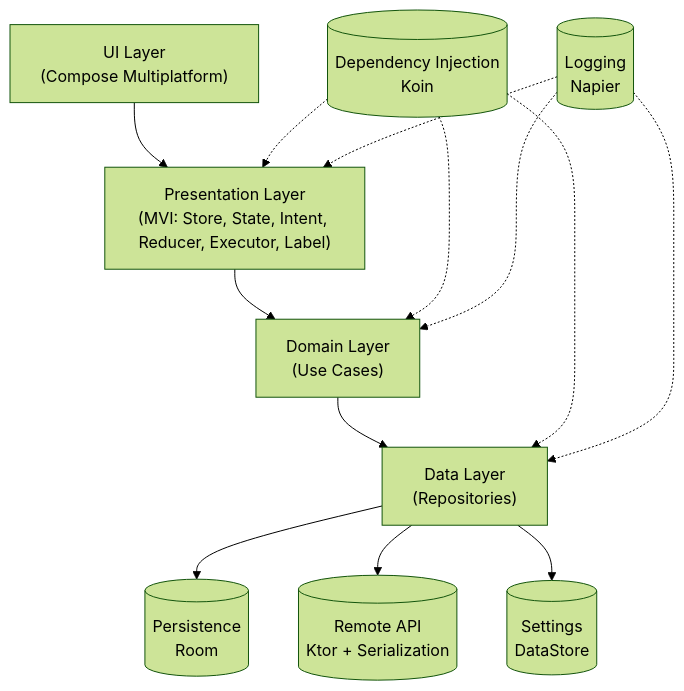
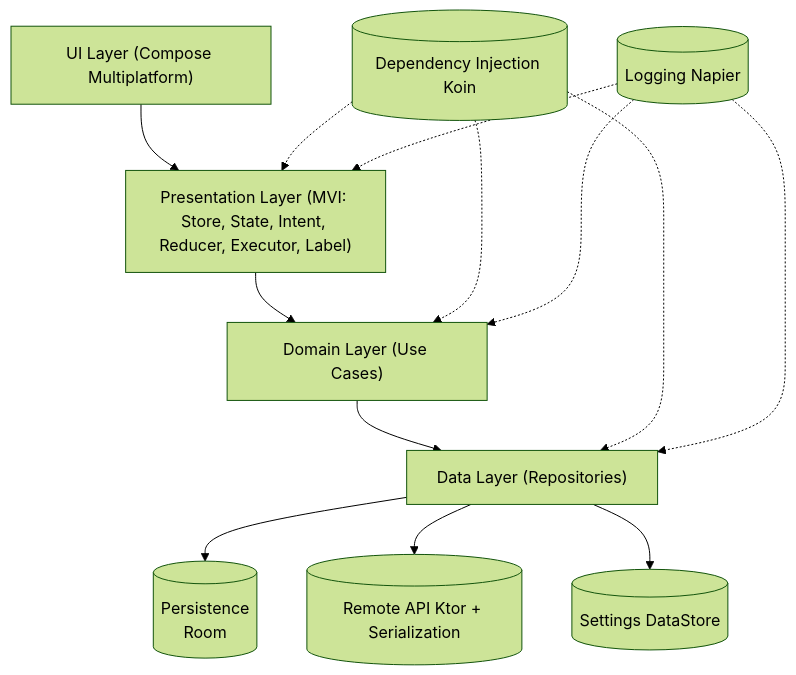
Before and after one commit to fabian-rump/crossnotes: the diagram in README.md, drawn with Mermaid (forest theme).

Commit message:
removed backslashes

````diff
--- a/README.md
+++ b/README.md
@@ -27,15 +27,15 @@
 ```mermaid
 flowchart TD
-    UI["UI Layer\n(Compose Multiplatform)"] --> Presenter["Presentation Layer\n(MVI: Store, State, Intent, Reducer, Executor, Label)"]
-    Presenter --> Domain["Domain Layer\n(Use Cases)"]
-    Domain --> Repo["Data Layer\n(Repositories)"]
+    UI["UI Layer (Compose Multiplatform)"] --> Presenter["Presentation Layer (MVI: Store, State, Intent, Reducer, Executor, Label)"]
+    Presenter --> Domain["Domain Layer (Use Cases)"]
+    Domain --> Repo["Data Layer (Repositories)"]
     Repo --> DB[("Persistence\nRoom")]
-    Repo --> API[("Remote API\nKtor + Serialization")]
-    Repo --> DS[("Settings\nDataStore")]
-    DI[("Dependency Injection\nKoin")] -.-> Presenter
+    Repo --> API[("Remote API Ktor + Serialization")]
+    Repo --> DS[("Settings DataStore")]
+    DI[("Dependency Injection Koin")] -.-> Presenter
     DI -.-> Domain
     DI -.-> Repo
-    Log[("Logging\nNapier")] -.-> Presenter
+    Log[("Logging Napier")] -.-> Presenter
     Log -.-> Domain
     Log -.-> Repo
 ```
````
